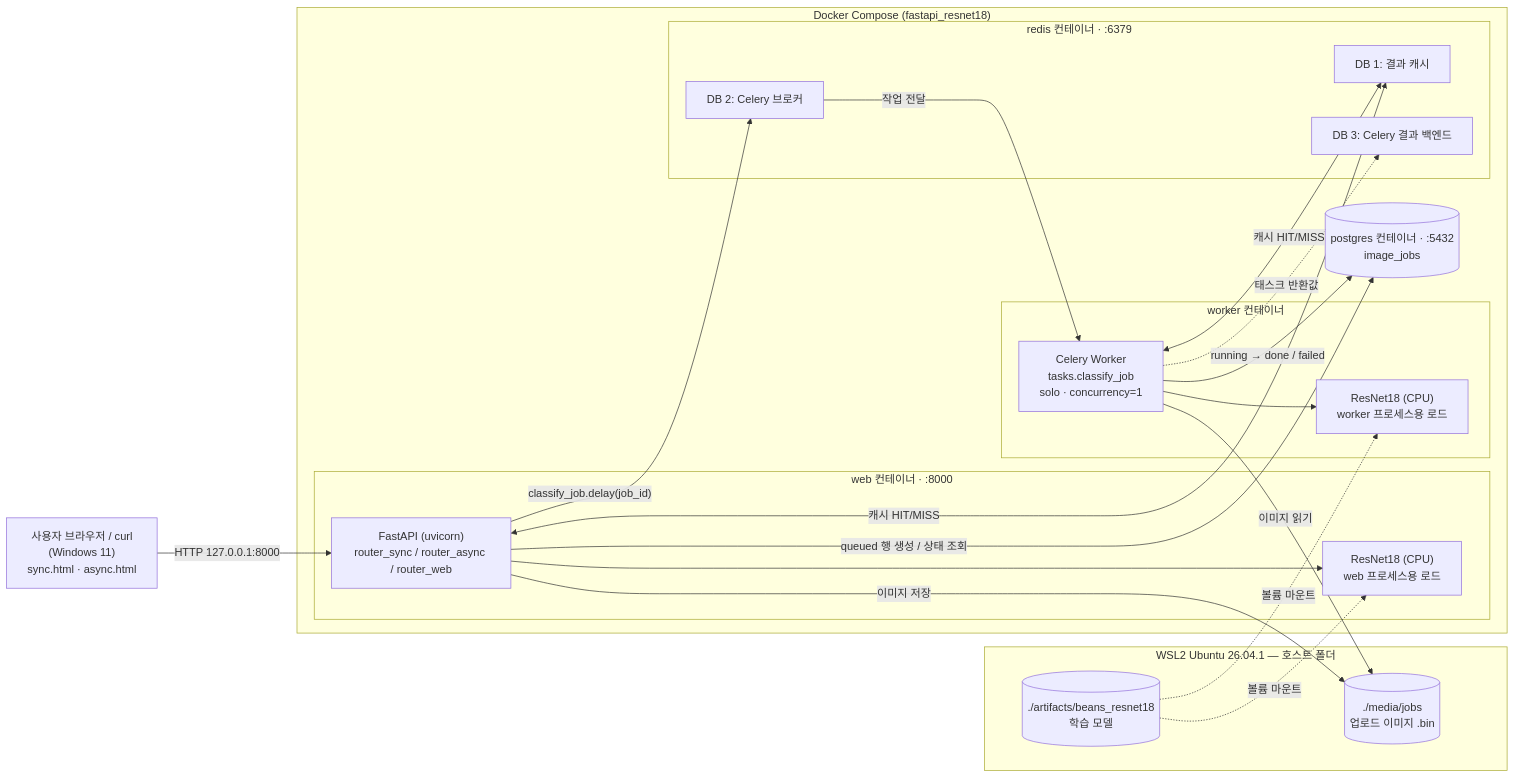
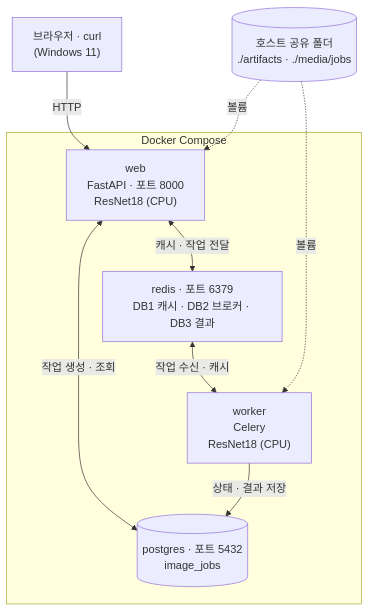
The first of 3 diagrams in reports/02_시스템_아키텍처.md (howolcat/assessment_deliverables), drawn with Mermaid before and after one commit. The commit also changed other lines of this file and 1 other file, not shown here.

Commit message:
docs(readme): restructure README with results-first layout

````diff
--- a/reports/02_시스템_아키텍처.md
+++ b/reports/02_시스템_아키텍처.md
@@ -16,41 +18,21 @@
 ```mermaid
-flowchart LR
-    B["사용자 브라우저 / curl<br/>(Windows 11)<br/>sync.html · async.html"]
+flowchart TB
+    B["브라우저 · curl<br/>(Windows 11)"]
 
-    subgraph HOST["WSL2 Ubuntu 26.04.1 — 호스트 폴더"]
-      ART[("./artifacts/beans_resnet18<br/>학습 모델")]
-      MED[("./media/jobs<br/>업로드 이미지 .bin")]
+    subgraph DC["Docker Compose"]
+      WEB["web<br/>FastAPI · 포트 8000<br/>ResNet18 (CPU)"]
+      WK["worker<br/>Celery<br/>ResNet18 (CPU)"]
+      RD["redis · 포트 6379<br/>DB1 캐시 · DB2 브로커 · DB3 결과"]
+      PG[("postgres · 포트 5432<br/>image_jobs")]
     end
 
-    subgraph DC["Docker Compose (fastapi_resnet18)"]
-      subgraph WEB["web 컨테이너 · :8000"]
-        F["FastAPI (uvicorn)<br/>router_sync / router_async / router_web"]
-        M1["ResNet18 (CPU)<br/>web 프로세스용 로드"]
-      end
-      subgraph WK["worker 컨테이너"]
-        C["Celery Worker<br/>tasks.classify_job<br/>solo · concurrency=1"]
-        M2["ResNet18 (CPU)<br/>worker 프로세스용 로드"]
-      end
-      subgraph RD["redis 컨테이너 · :6379"]
-        R1["DB 1: 결과 캐시"]
-        R2["DB 2: Celery 브로커"]
-        R3["DB 3: Celery 결과 백엔드"]
-      end
-      PG[("postgres 컨테이너 · :5432<br/>image_jobs")]
-    end
+    VOL[("호스트 공유 폴더<br/>./artifacts · ./media/jobs")]
 
-    B -->|"HTTP 127.0.0.1:8000"| F
-    F --> M1
-    F <-->|"캐시 HIT/MISS"| R1
-    F -->|"queued 행 생성 / 상태 조회"| PG
-    F -->|"classify_job.delay(job_id)"| R2
-    F -->|"이미지 저장"| MED
-    R2 -->|"작업 전달"| C
-    C --> M2
-    C <-->|"캐시 HIT/MISS"| R1
-    C -->|"running → done / failed"| PG
-    C -->|"이미지 읽기"| MED
-    C -.->|"태스크 반환값"| R3
-    ART -.->|"볼륨 마운트"| M1
-    ART -.->|"볼륨 마운트"| M2
+    B -->|HTTP| WEB
+    WEB <-->|캐시 · 작업 전달| RD
+    RD <-->|작업 수신 · 캐시| WK
+    WEB <-->|작업 생성 · 조회| PG
+    WK -->|상태 · 결과 저장| PG
+    VOL -.->|볼륨| WEB
+    VOL -.->|볼륨| WK
 ```
````
